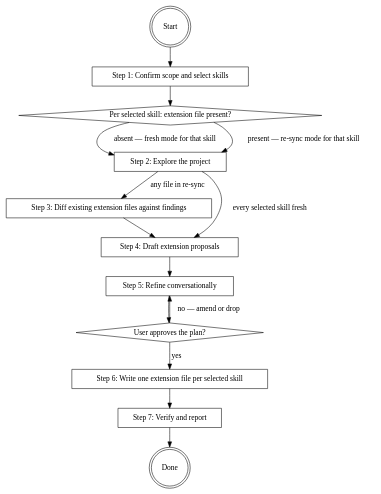
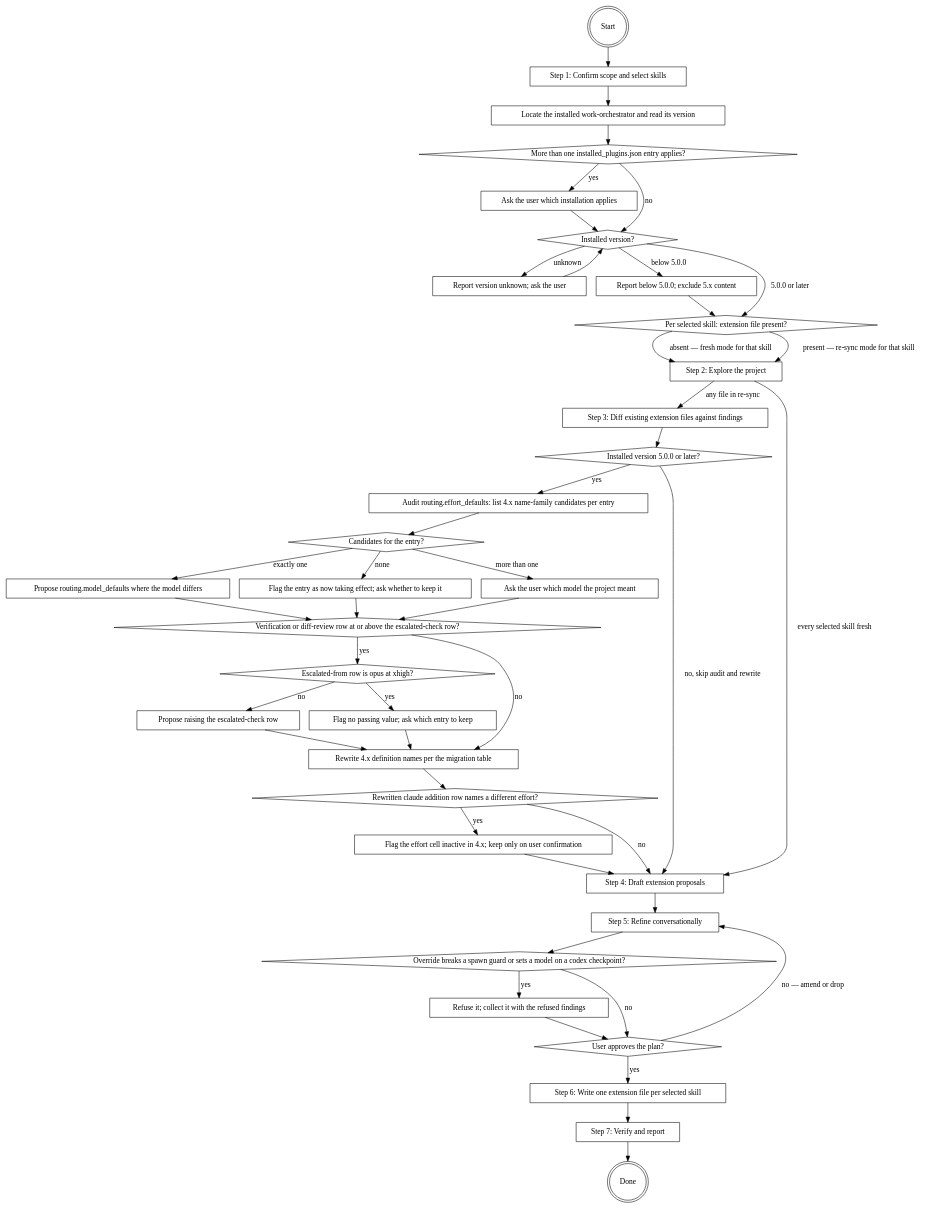
Before and after one commit to it-bens/ai-tools: the diagram in plugins/work-orchestrator-extension-setup/skills/setting-up-work-orchestrator-extension/SKILL.md, drawn with Graphviz. The commit also changed other lines of this file and 35 other files, not shown here.

````diff
--- a/plugins/work-orchestrator-extension-setup/skills/setting-up-work-orchestrator-extension/SKILL.md
+++ b/plugins/work-orchestrator-extension-setup/skills/setting-up-work-orchestrator-extension/SKILL.md
@@ -13,26 +13,77 @@
 ```dot
 digraph setting_up {
     "Start" [shape=doublecircle];
     "Step 1: Confirm scope and select skills" [shape=box];
+    "Locate the installed work-orchestrator and read its version" [shape=box];
+    "More than one installed_plugins.json entry applies?" [shape=diamond];
+    "Ask the user which installation applies" [shape=box];
+    "Installed version?" [shape=diamond];
+    "Report version unknown; ask the user" [shape=box];
+    "Report below 5.0.0; exclude 5.x content" [shape=box];
     "Per selected skill: extension file present?" [shape=diamond];
     "Step 2: Explore the project" [shape=box];
     "Step 3: Diff existing extension files against findings" [shape=box];
+    "Installed version 5.0.0 or later?" [shape=diamond];
+    "Audit routing.effort_defaults: list 4.x name-family candidates per entry" [shape=box];
+    "Candidates for the entry?" [shape=diamond];
+    "Propose routing.model_defaults where the model differs" [shape=box];
+    "Flag the entry as now taking effect; ask whether to keep it" [shape=box];
+    "Ask the user which model the project meant" [shape=box];
+    "Verification or diff-review row at or above the escalated-check row?" [shape=diamond];
+    "Escalated-from row is opus at xhigh?" [shape=diamond];
+    "Propose raising the escalated-check row" [shape=box];
+    "Flag no passing value; ask which entry to keep" [shape=box];
+    "Rewrite 4.x definition names per the migration table" [shape=box];
+    "Rewritten claude addition row names a different effort?" [shape=diamond];
+    "Flag the effort cell inactive in 4.x; keep only on user confirmation" [shape=box];
     "Step 4: Draft extension proposals" [shape=box];
     "Step 5: Refine conversationally" [shape=box];
+    "Override breaks a spawn guard or sets a model on a codex checkpoint?" [shape=diamond];
+    "Refuse it; collect it with the refused findings" [shape=box];
     "User approves the plan?" [shape=diamond];
     "Step 6: Write one extension file per selected skill" [shape=box];
     "Step 7: Verify and report" [shape=box];
     "Done" [shape=doublecircle];
 
-    "Start" -> "Step 1: Confirm scope and select skills" -> "Per selected skill: extension file present?";
+    "Start" -> "Step 1: Confirm scope and select skills" -> "Locate the installed work-orchestrator and read its version" -> "More than one installed_plugins.json entry applies?";
+    "More than one installed_plugins.json entry applies?" -> "Ask the user which installation applies" [label="yes"];
+    "More than one installed_plugins.json entry applies?" -> "Installed version?" [label="no"];
+    "Ask the user which installation applies" -> "Installed version?";
+    "Installed version?" -> "Report version unknown; ask the user" [label="unknown"];
+    "Report version unknown; ask the user" -> "Installed version?";
+    "Installed version?" -> "Report below 5.0.0; exclude 5.x content" [label="below 5.0.0"];
+    "Installed version?" -> "Per selected skill: extension file present?" [label="5.0.0 or later"];
+    "Report below 5.0.0; exclude 5.x content" -> "Per selected skill: extension file present?";
     "Per selected skill: extension file present?" -> "Step 2: Explore the project" [label="absent — fresh mode for that skill"];
     "Per selected skill: extension file present?" -> "Step 2: Explore the project" [label="present — re-sync mode for that skill"];
     "Step 2: Explore the project" -> "Step 4: Draft extension proposals" [label="every selected skill fresh"];
     "Step 2: Explore the project" -> "Step 3: Diff existing extension files against findings" [label="any file in re-sync"];
-    "Step 3: Diff existing extension files against findings" -> "Step 4: Draft extension proposals";
-    "Step 4: Draft extension proposals" -> "Step 5: Refine conversationally" -> "User approves the plan?";
+    "Step 3: Diff existing extension files against findings" -> "Installed version 5.0.0 or later?";
+    "Installed version 5.0.0 or later?" -> "Audit routing.effort_defaults: list 4.x name-family candidates per entry" [label="yes"];
+    "Installed version 5.0.0 or later?" -> "Step 4: Draft extension proposals" [label="no, skip audit and rewrite"];
+    "Audit routing.effort_defaults: list 4.x name-family candidates per entry" -> "Candidates for the entry?";
+    "Candidates for the entry?" -> "Propose routing.model_defaults where the model differs" [label="exactly one"];
+    "Candidates for the entry?" -> "Flag the entry as now taking effect; ask whether to keep it" [label="none"];
+    "Candidates for the entry?" -> "Ask the user which model the project meant" [label="more than one"];
+    "Propose routing.model_defaults where the model differs" -> "Verification or diff-review row at or above the escalated-check row?";
+    "Flag the entry as now taking effect; ask whether to keep it" -> "Verification or diff-review row at or above the escalated-check row?";
+    "Ask the user which model the project meant" -> "Verification or diff-review row at or above the escalated-check row?";
+    "Verification or diff-review row at or above the escalated-check row?" -> "Escalated-from row is opus at xhigh?" [label="yes"];
+    "Verification or diff-review row at or above the escalated-check row?" -> "Rewrite 4.x definition names per the migration table" [label="no"];
+    "Escalated-from row is opus at xhigh?" -> "Propose raising the escalated-check row" [label="no"];
+    "Escalated-from row is opus at xhigh?" -> "Flag no passing value; ask which entry to keep" [label="yes"];
+    "Propose raising the escalated-check row" -> "Rewrite 4.x definition names per the migration table";
+    "Flag no passing value; ask which entry to keep" -> "Rewrite 4.x definition names per the migration table";
+    "Rewrite 4.x definition names per the migration table" -> "Rewritten claude addition row names a different effort?";
+    "Rewritten claude addition row names a different effort?" -> "Flag the effort cell inactive in 4.x; keep only on user confirmation" [label="yes"];
+    "Rewritten claude addition row names a different effort?" -> "Step 4: Draft extension proposals" [label="no"];
+    "Flag the effort cell inactive in 4.x; keep only on user confirmation" -> "Step 4: Draft extension proposals";
+    "Step 4: Draft extension proposals" -> "Step 5: Refine conversationally" -> "Override breaks a spawn guard or sets a model on a codex checkpoint?";
+    "Override breaks a spawn guard or sets a model on a codex checkpoint?" -> "Refuse it; collect it with the refused findings" [label="yes"];
+    "Override breaks a spawn guard or sets a model on a codex checkpoint?" -> "User approves the plan?" [label="no"];
+    "Refuse it; collect it with the refused findings" -> "User approves the plan?";
     "User approves the plan?" -> "Step 5: Refine conversationally" [label="no — amend or drop"];
     "User approves the plan?" -> "Step 6: Write one extension file per selected skill" [label="yes"];
     "Step 6: Write one extension file per selected skill" -> "Step 7: Verify and report" -> "Done";
 }
 ```
````
